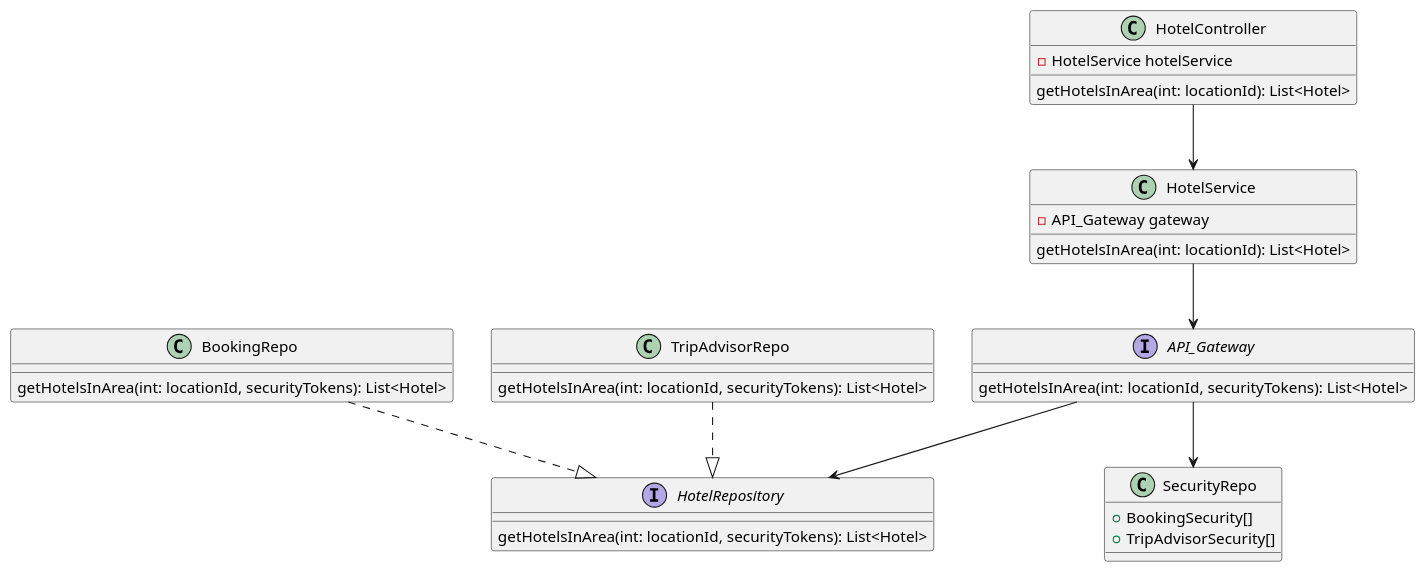
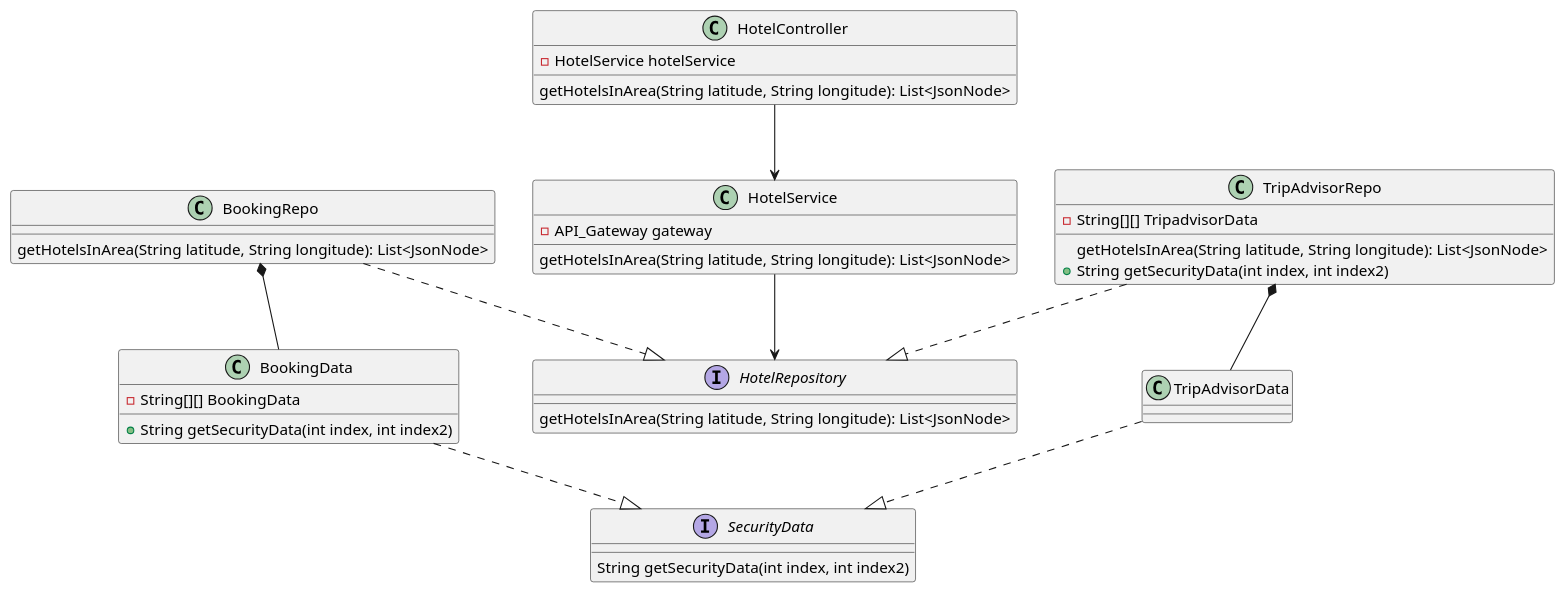
Before and after one commit to AIM-ENE-feb25/triptop-jrn: the diagram in huiswerkNiels/huiswerkAPI/src/main/java/com/example/huiswerkAPI/Class_diagram_onderzoeksvraag.puml, drawn with PlantUML.

Commit message:
aanpassing klasse diagram

```diff
--- a/huiswerkNiels/huiswerkAPI/src/main/java/com/example/huiswerkAPI/Class_diagram_onderzoeksvraag.puml
+++ b/huiswerkNiels/huiswerkAPI/src/main/java/com/example/huiswerkAPI/Class_diagram_onderzoeksvraag.puml
@@ -1,42 +1,50 @@
 @startuml
 'https://plantuml.com/class-diagram
 
 class HotelController {
     - HotelService hotelService
-    getHotelsInArea(int: locationId): List<Hotel>
+    getHotelsInArea(String latitude, String longitude): List<JsonNode>
 }
 
 class HotelService{
     - API_Gateway gateway
-    getHotelsInArea(int: locationId): List<Hotel>
-}
-
-interface API_Gateway{
-    getHotelsInArea(int: locationId, securityTokens): List<Hotel>
+    getHotelsInArea(String latitude, String longitude): List<JsonNode>
 }
 
 interface HotelRepository {
-    getHotelsInArea(int: locationId, securityTokens): List<Hotel>
+    getHotelsInArea(String latitude, String longitude): List<JsonNode>
 }
 
 class BookingRepo {
-    getHotelsInArea(int: locationId, securityTokens): List<Hotel>
+    getHotelsInArea(String latitude, String longitude): List<JsonNode>
 }
 
 class TripAdvisorRepo {
-    getHotelsInArea(int: locationId, securityTokens): List<Hotel>
+    getHotelsInArea(String latitude, String longitude): List<JsonNode>
 }
 
-class SecurityRepo{
-+ BookingSecurity[]
-+ TripAdvisorSecurity[]
+interface SecurityData{
+String getSecurityData(int index, int index2)
+}
+
+class BookingData{
+- String[][] BookingData
++ String getSecurityData(int index, int index2)
+}
+
+class TripAdvisorRepo{
+- String[][] TripadvisorData
++ String getSecurityData(int index, int index2)
 }
 
 HotelController --> HotelService
-HotelService --> API_Gateway
-API_Gateway --> SecurityRepo
-API_Gateway --> HotelRepository
+HotelService --> HotelRepository
 BookingRepo ..|> HotelRepository
 TripAdvisorRepo ..|> HotelRepository
+BookingData ..|> SecurityData
+TripAdvisorData ..|> SecurityData
+BookingRepo *-- BookingData
+TripAdvisorRepo *-- TripAdvisorData
+
 
 @enduml
```
